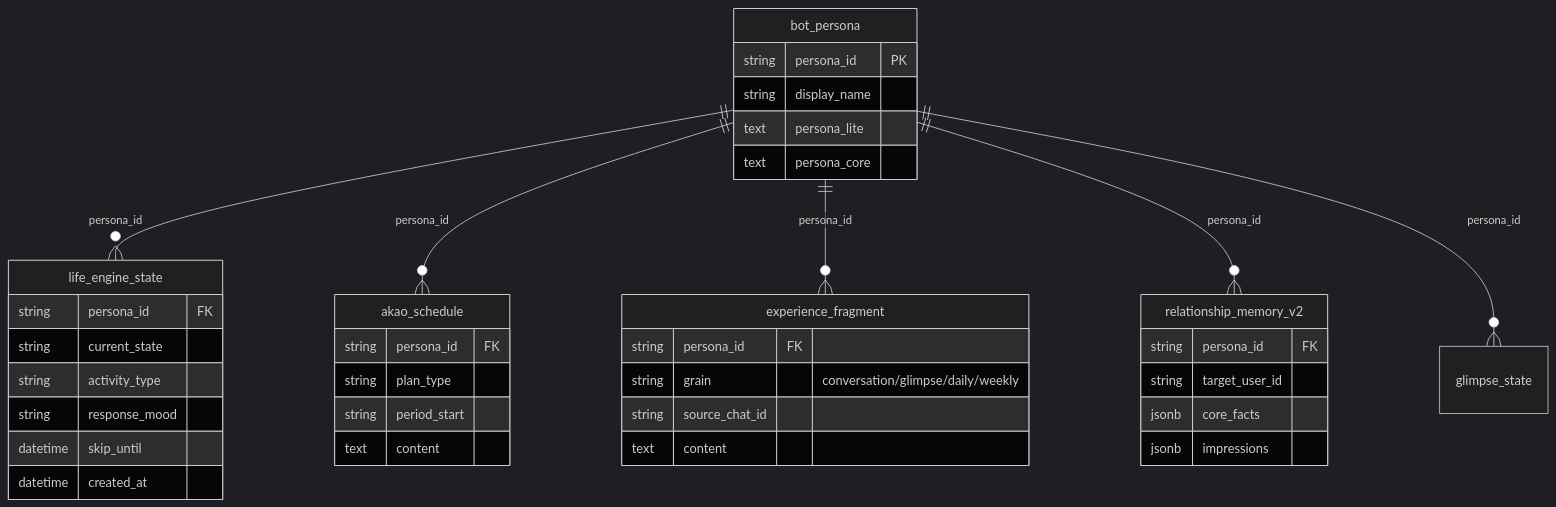
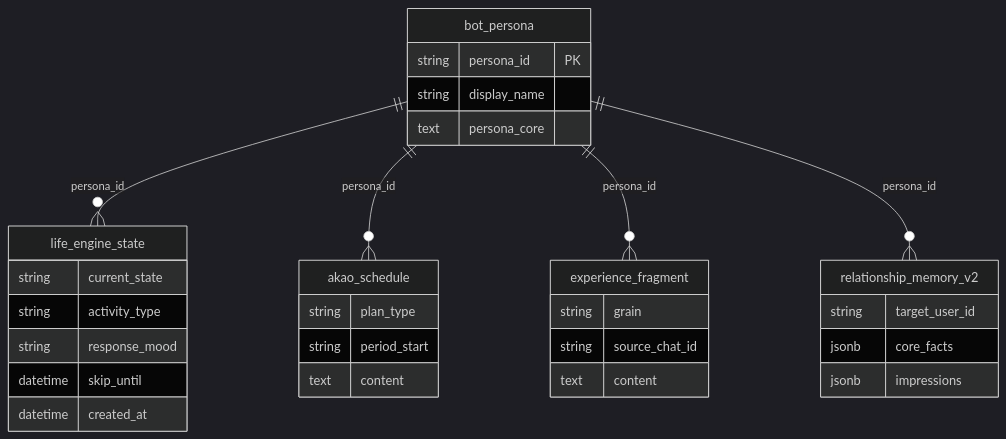
Before and after one commit to bezhai/chiwei-platform: the eighth of 8 diagrams in docs/chiwei-system-design.md, drawn with Mermaid (dark theme). The commit also changed other lines of this file, not shown here.

First line of the commit message:
docs: fix mermaid syntax and improve diagram aesthetics

````diff
--- a/docs/chiwei-system-design.md
+++ b/docs/chiwei-system-design.md
@@ -193,41 +237,35 @@
 ```mermaid
 erDiagram
-    bot_persona ||--o{ life_engine_state : persona_id
-    bot_persona ||--o{ akao_schedule : persona_id
-    bot_persona ||--o{ experience_fragment : persona_id
-    bot_persona ||--o{ relationship_memory_v2 : persona_id
-    bot_persona ||--o{ glimpse_state : persona_id
+    bot_persona ||--o{ life_engine_state : "persona_id"
+    bot_persona ||--o{ akao_schedule : "persona_id"
+    bot_persona ||--o{ experience_fragment : "persona_id"
+    bot_persona ||--o{ relationship_memory_v2 : "persona_id"
 
     bot_persona {
         string persona_id PK
         string display_name
-        text persona_lite
         text persona_core
     }
     life_engine_state {
-        string persona_id FK
         string current_state
         string activity_type
         string response_mood
         datetime skip_until
         datetime created_at
     }
     akao_schedule {
-        string persona_id FK
         string plan_type
         string period_start
         text content
     }
     experience_fragment {
-        string persona_id FK
-        string grain "conversation/glimpse/daily/weekly"
+        string grain
         string source_chat_id
         text content
     }
     relationship_memory_v2 {
-        string persona_id FK
         string target_user_id
         jsonb core_facts
         jsonb impressions
     }
 ```
````
